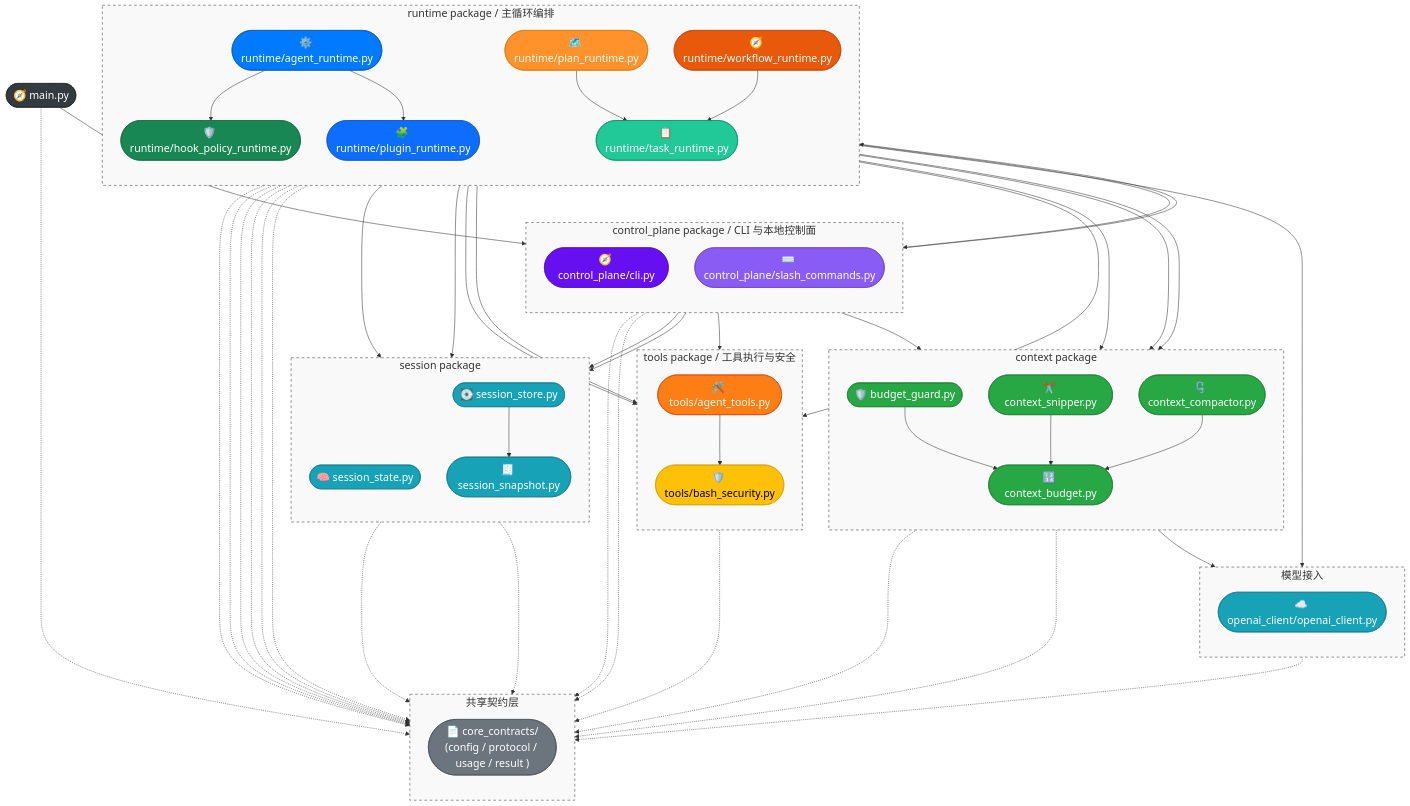
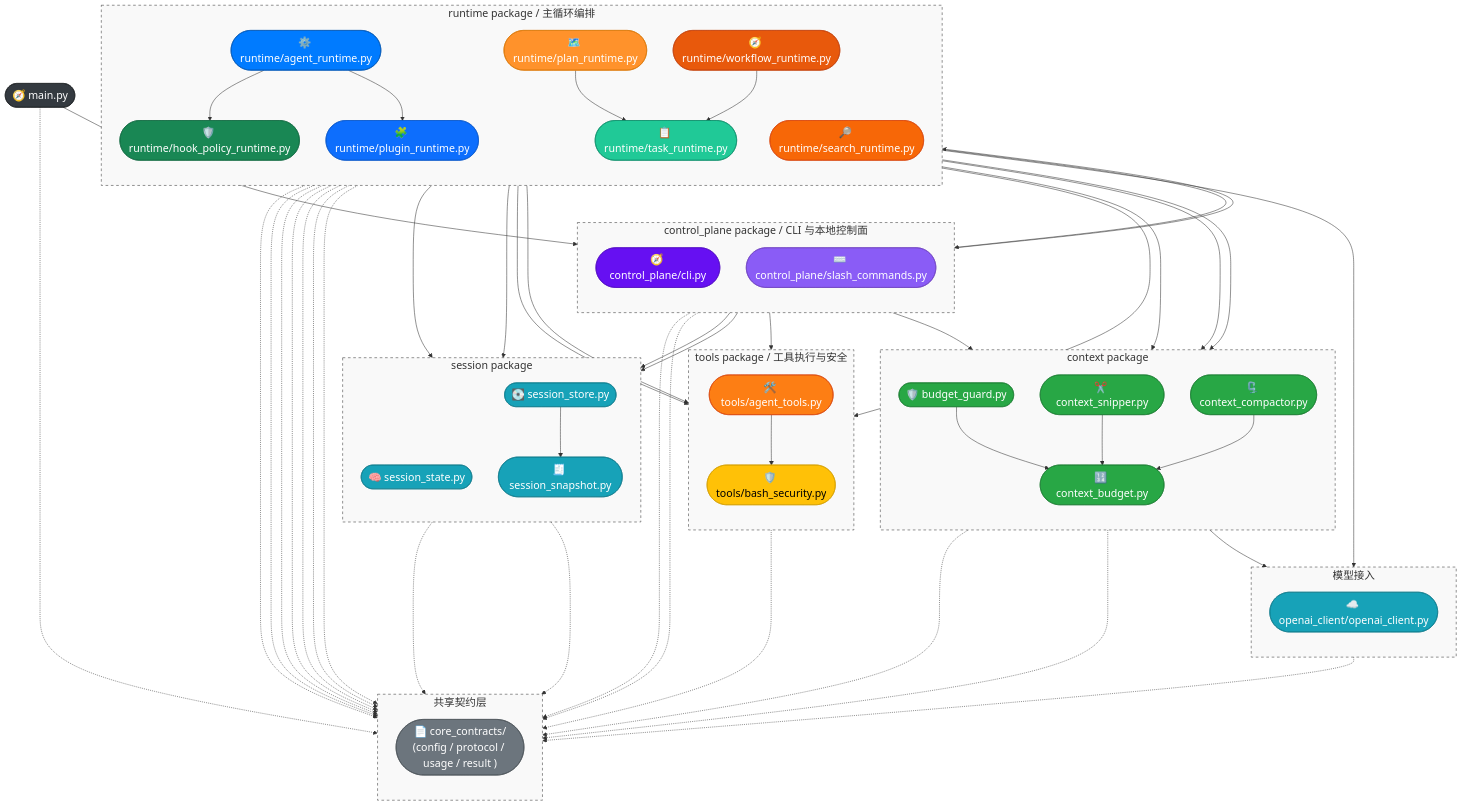
Before and after one commit to WenXingming/ClawCodeAgent: the diagram in docs/Architecture.md, drawn with Mermaid. The commit also changed other lines of this file and 4 other files, not shown here.

Commit message:
Feat: 实现工作区 Search Runtime，支持 provider 发现、激活与结构化检索；新增单元测试覆盖相关功能

```diff
--- a/docs/Architecture.md
+++ b/docs/Architecture.md
@@ -48,6 +48,7 @@
         n_task_runtime(["📋 runtime/task_runtime.py"])
         n_plan_runtime(["🗺️ runtime/plan_runtime.py"])
         n_workflow_runtime(["🧭 runtime/workflow_runtime.py"])
+        n_search_runtime(["🔎 runtime/search_runtime.py"])
         n_runtime(["⚙️ runtime/agent_runtime.py"])
         style Runtime fill:#f9f9f9,stroke:#333,stroke-dasharray: 5 5
     end
@@ -141,6 +142,7 @@
     n_task_runtime -.-> n_core_contracts
     n_plan_runtime -.-> n_core_contracts
     n_workflow_runtime -.-> n_core_contracts
+    n_search_runtime -.-> n_core_contracts
     n_slash -.-> n_core_contracts
     n_tools -.-> n_core_contracts
     n_openai_client -.-> n_core_contracts
@@ -158,6 +160,7 @@
     style n_task_runtime fill:#20c997,color:#fff,stroke:#0f8f6b
     style n_plan_runtime fill:#ff922b,color:#fff,stroke:#d97706
     style n_workflow_runtime fill:#e8590c,color:#fff,stroke:#c2410c
+    style n_search_runtime fill:#f76707,color:#fff,stroke:#d9480f
     style n_slash fill:#8a5cf6,color:#fff,stroke:#6f42c1
     style n_core_contracts fill:#6c757d,color:#fff,stroke:#495057
     style n_openai_client fill:#17a2b8,color:#fff,stroke:#117a8b
```
